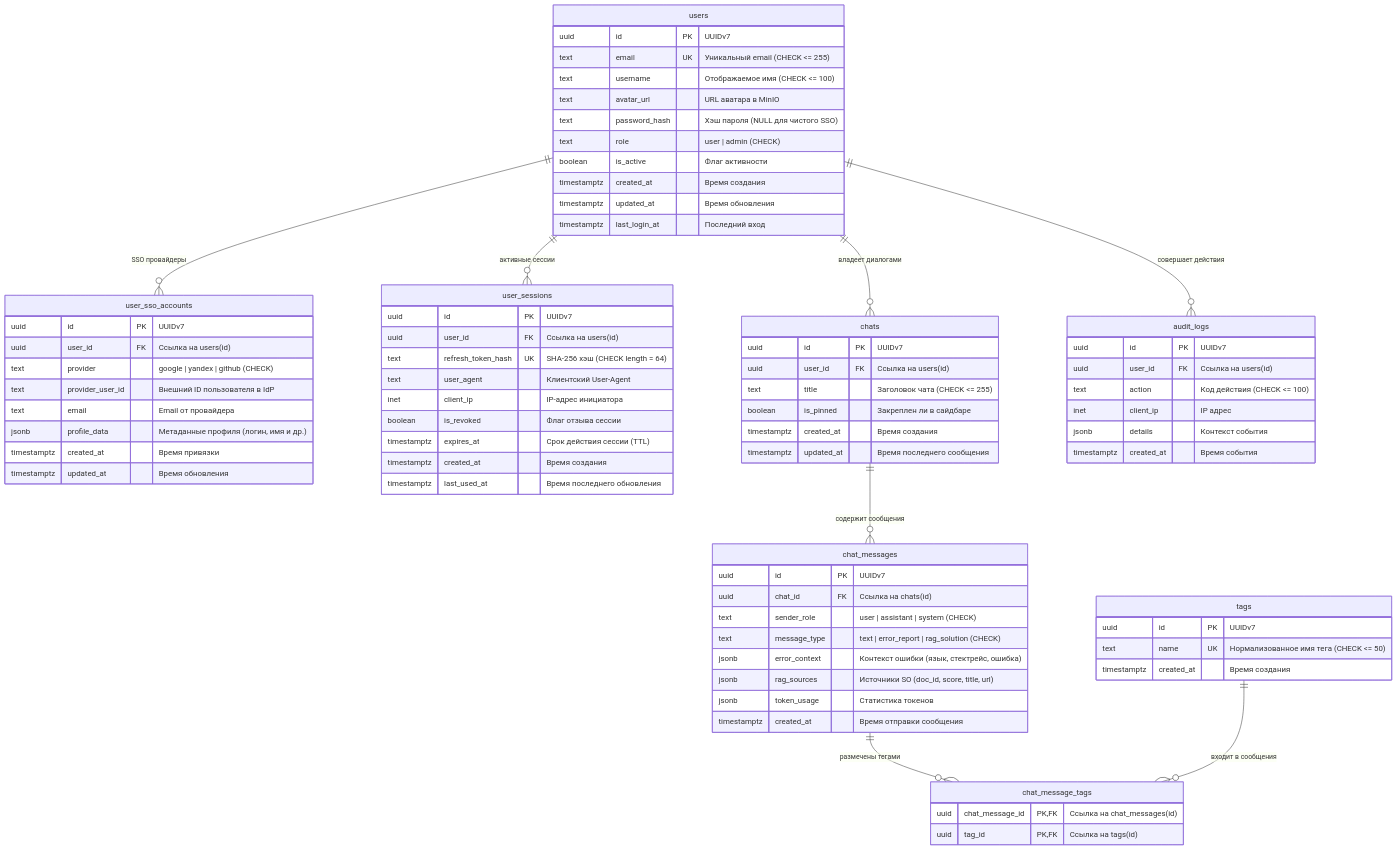
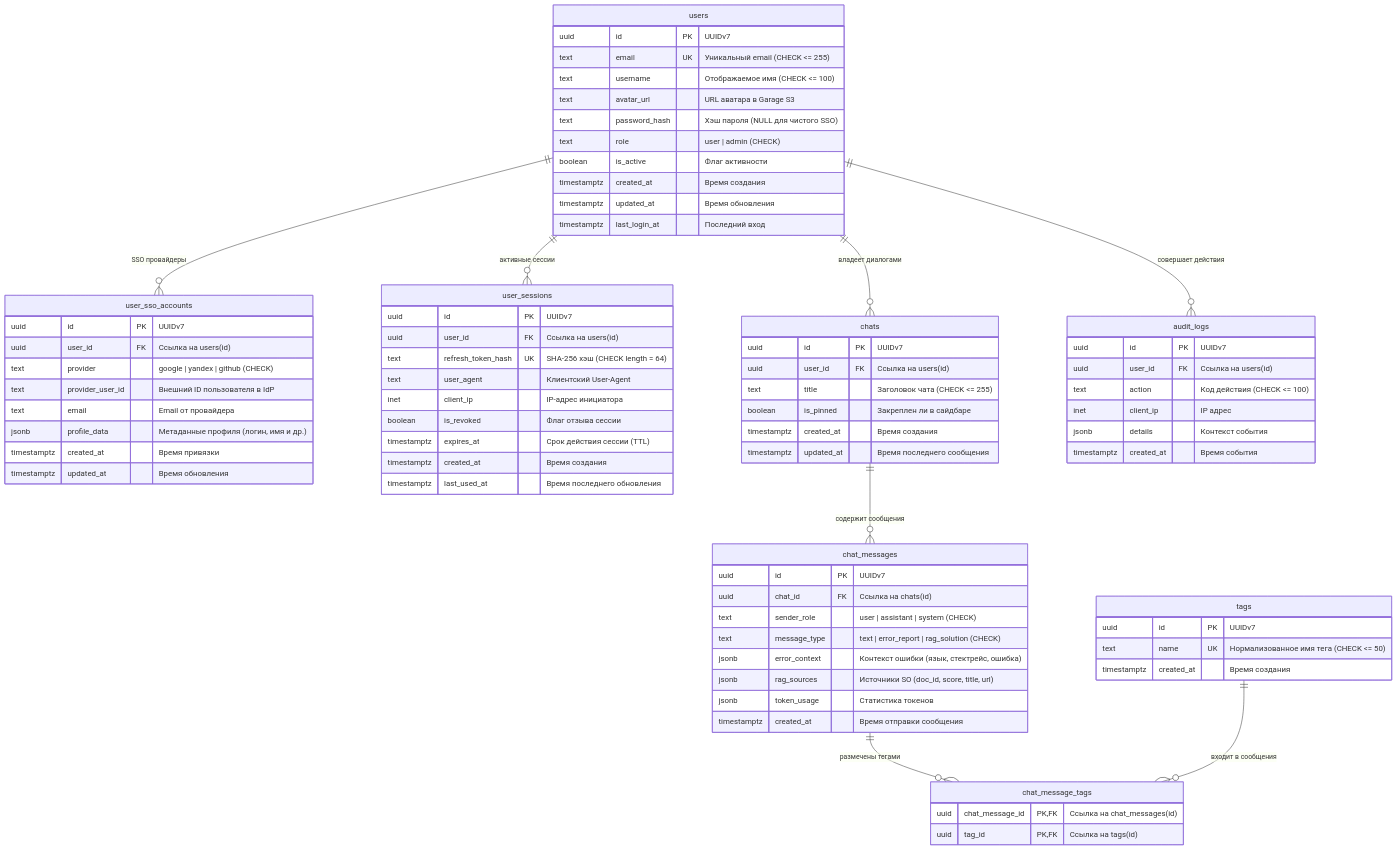
One commit to Soskiiit/Errorium changed the diagram in docs/Tech/03-data.md. Above: the diagram before and after it, drawn with Mermaid. The commit also changed other lines of this file and 11 other files, not shown here.

Commit message:
Migrating from MinIO to Garage

```diff
--- a/docs/Tech/03-data.md
+++ b/docs/Tech/03-data.md
@@ -97,7 +97,7 @@
         uuid id PK "UUIDv7"
         text email UK "Уникальный email (CHECK <= 255)"
         text username "Отображаемое имя (CHECK <= 100)"
-        text avatar_url "URL аватара в MinIO"
+        text avatar_url "URL аватара в Garage S3"
         text password_hash "Хэш пароля (NULL для чистого SSO)"
         text role "user | admin (CHECK)"
         boolean is_active "Флаг активности"
```
